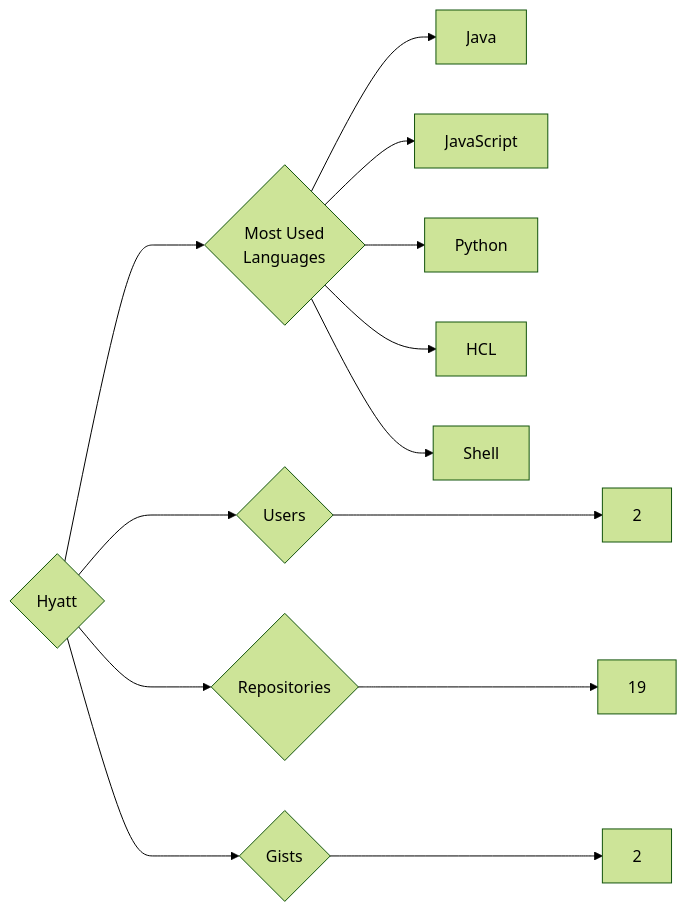
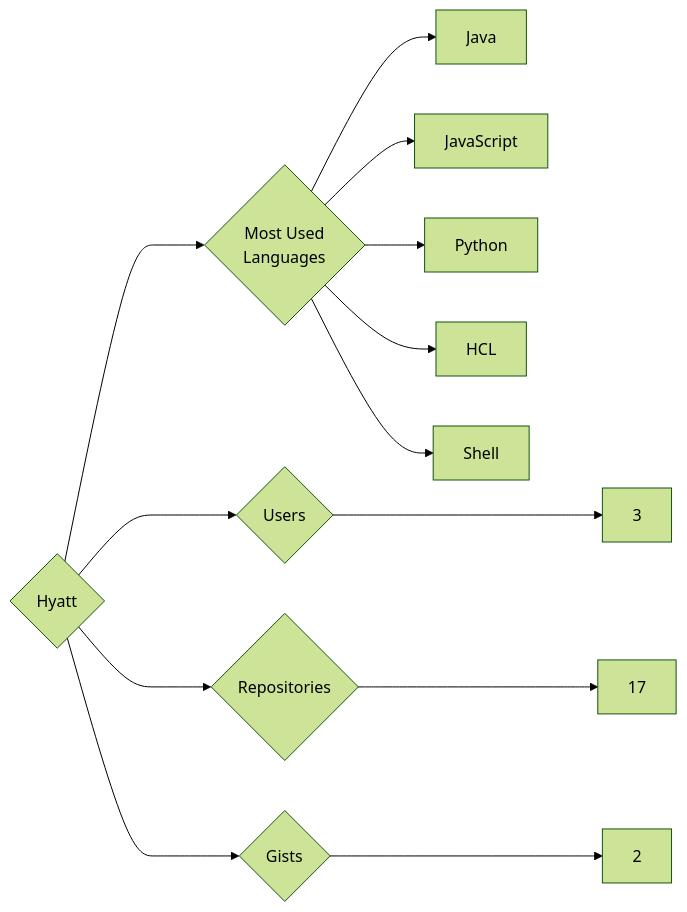
Before and after one commit to trickest/insiders: the diagram in targets/Hyatt/README.md, drawn with Mermaid (forest theme). The commit also changed 942 other files, not shown here.

````diff
--- a/targets/Hyatt/README.md
+++ b/targets/Hyatt/README.md
@@ -3,13 +3,13 @@
 ```mermaid
 graph LR
 COMPANY_NAME{Hyatt}
-COMPANY_NAME ---> U{Users} ---> UN[2]
-COMPANY_NAME ---> R{Repositories} ---> RN[19]
+COMPANY_NAME ---> U{Users} ---> UN[3]
+COMPANY_NAME ---> R{Repositories} ---> RN[17]
 COMPANY_NAME ---> G{Gists} ---> GN[2]
 COMPANY_NAME ---> ML{Most Used<br>Languages}
 ML --> Java[Java]
 ML --> JavaScript[JavaScript]
 ML --> Python[Python]
 ML --> HCL[HCL]
 ML --> Shell[Shell]
 ```
````
